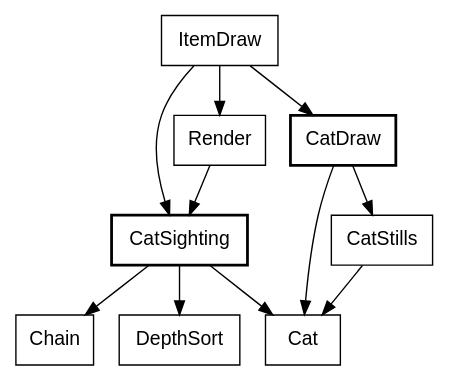
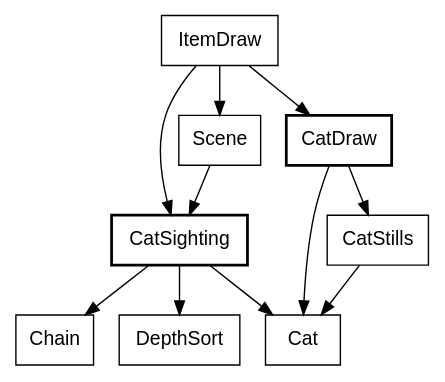
The ninth of 19 diagrams in canvas_apps/safari/tutorial/tutorial.md (showell/roc-apps), drawn with Graphviz before and after one commit. The commit also changed other lines of this file and 5 other files, not shown here.

First line of the commit message:
safari: Render becomes Scene

````diff
--- a/canvas_apps/safari/tutorial/tutorial.md
+++ b/canvas_apps/safari/tutorial/tutorial.md
@@ -595,17 +595,17 @@
 ```dot
 digraph screen {
   node [shape=box, fontname="Helvetica"];
   CatSighting [style=bold];
   CatDraw [style=bold];
-  ItemDraw -> Render;
+  ItemDraw -> Scene;
   ItemDraw -> CatDraw;
   ItemDraw -> CatSighting;
-  Render -> CatSighting;
+  Scene -> CatSighting;
   CatSighting -> Cat;
   CatSighting -> Chain;
   CatSighting -> DepthSort;
   CatDraw -> Cat;
   CatDraw -> CatStills;
   CatStills -> Cat;
 }
 ```
````
